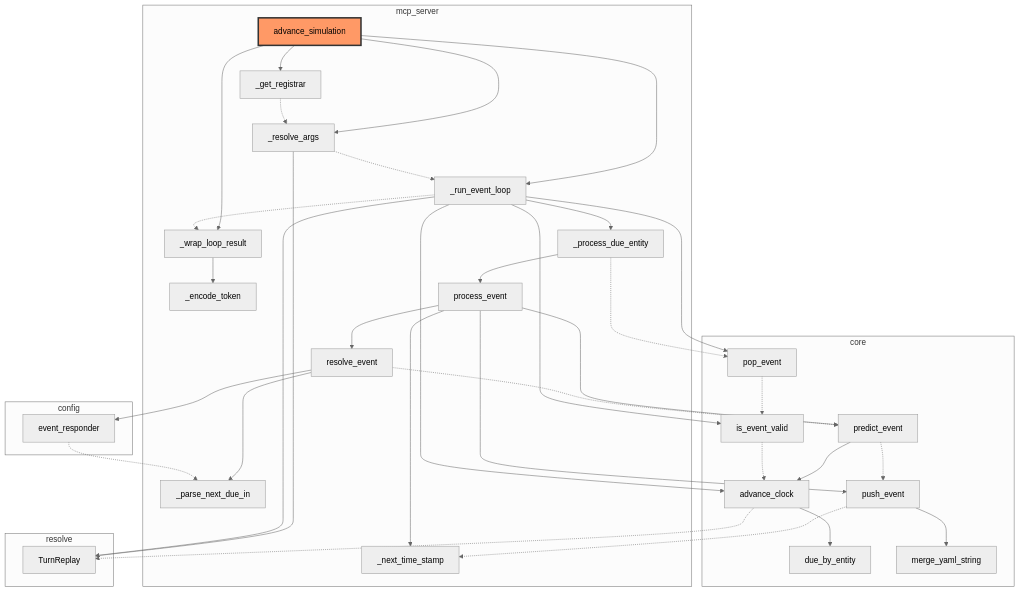
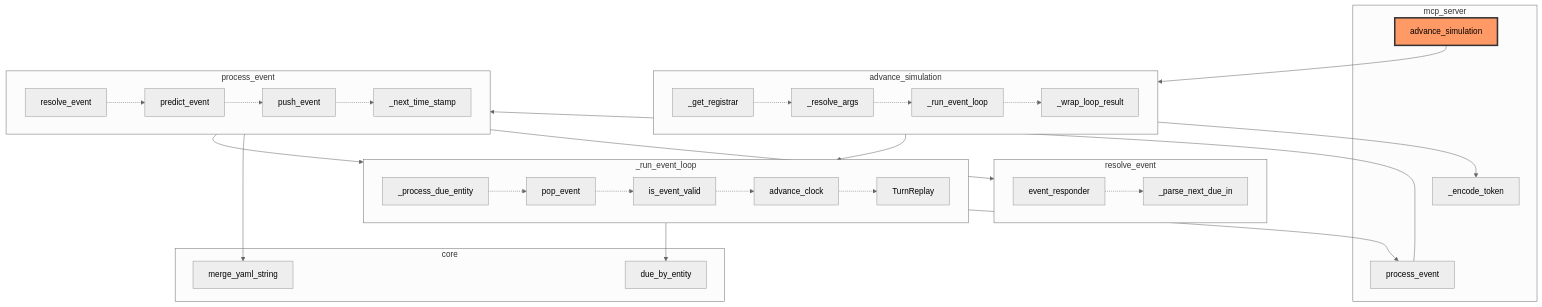
One commit to zhafen/story-simulator changed the first of 2 diagrams in docs/architecture/advance_simulation.md. Above: the diagram before and after it, drawn with Mermaid (neutral theme). The commit also changed other lines of this file, not shown here.

Commit message:
Regenerate entry-point diagram with box-grouped call sequences
iacs's generate-architecture-diagram (--root) now groups a caller's own
ordered calls into a single subgraph (left-to-right internally, plain
name as its label) instead of drawing a flat solid arrow per target plus
a separate dotted chain over the top -- see
zhafen/iacs#claude/architecture-diagrams. Solid calls edges touching a
box now resolve to that box's own boundary on both ends, and collapse
duplicates rather than drawing parallel copies. Regenerated diagram (a)
and rewrote its explanatory paragraph to match; also fixed a stale
node-id reference in point 2 of the "four problems" list below it.

````diff
--- a/docs/architecture/advance_simulation.md
+++ b/docs/architecture/advance_simulation.md
@@ -46,65 +46,61 @@
 ```mermaid
 flowchart TD
-    subgraph sg0["config"]
-        n19["event_responder"]
+    subgraph sg0["core"]
+        n12["due_by_entity"]
+        n17["merge_yaml_string"]
     end
-    subgraph sg1["core"]
+    subgraph sg1["mcp_server"]
+        n0["advance_simulation"]
+        n6["_encode_token"]
+        n11["process_event"]
+    end
+    subgraph seq0["advance_simulation"]
+        direction LR
+        n2["_get_registrar"]
+        n1["_resolve_args"]
+        n4["_run_event_loop"]
+        n3["_wrap_loop_result"]
+        n2 -.-> n1
+        n1 -.-> n4
+        n4 -.-> n3
+    end
+    subgraph seq3["_run_event_loop"]
+        direction LR
+        n7["_process_due_entity"]
+        n10["pop_event"]
         n8["is_event_valid"]
         n9["advance_clock"]
-        n10["pop_event"]
-        n12["due_by_entity"]
+        n5["TurnReplay"]
+        n7 -.-> n10
+        n10 -.-> n8
+        n8 -.-> n9
+        n9 -.-> n5
+    end
+    subgraph seq6["process_event"]
+        direction LR
+        n15["resolve_event"]
         n13["predict_event"]
         n14["push_event"]
-        n17["merge_yaml_string"]
+        n16["_next_time_stamp"]
+        n15 -.-> n13
+        n13 -.-> n14
+        n14 -.-> n16
     end
-    subgraph sg2["mcp_server"]
-        n0["advance_simulation"]
-        n1["_resolve_args"]
-        n2["_get_registrar"]
-        n3["_wrap_loop_result"]
-        n4["_run_event_loop"]
-        n6["_encode_token"]
-        n7["_process_due_entity"]
-        n11["process_event"]
-        n15["resolve_event"]
-        n16["_next_time_stamp"]
+    subgraph seq9["resolve_event"]
+        direction LR
+        n19["event_responder"]
         n18["_parse_next_due_in"]
+        n19 -.-> n18
     end
-    subgraph sg3["resolve"]
-        n5["TurnReplay"]
-    end
-    n0 --> n1
-    n0 --> n2
-    n0 --> n3
-    n0 --> n4
-    n1 --> n5
-    n3 --> n6
-    n4 --> n5
-    n4 --> n7
-    n4 --> n8
-    n4 --> n9
-    n4 --> n10
-    n7 --> n11
-    n9 --> n12
-    n11 --> n13
-    n11 --> n14
-    n11 --> n15
-    n11 --> n16
-    n13 --> n9
-    n14 --> n17
-    n15 --> n18
-    n15 --> n19
-    n15 -.-> n13
-    n13 -.-> n14
-    n14 -.-> n16
-    n19 -.-> n18
-    n7 -.-> n10
-    n10 -.-> n8
-    n8 -.-> n9
-    n9 -.-> n5
-    n2 -.-> n1
-    n1 -.-> n4
-    n4 -.-> n3
+    n0 --> seq0
+    seq0 --> seq3
+    seq0 --> n6
+    seq3 --> n11
+    seq3 --> n12
+    n11 --> seq6
+    seq6 --> seq3
+    seq6 --> n17
+    seq6 --> seq9
     class n0 rootNode
     classDef rootNode fill:#f96,stroke:#333,stroke-width:3px
 ```
````
